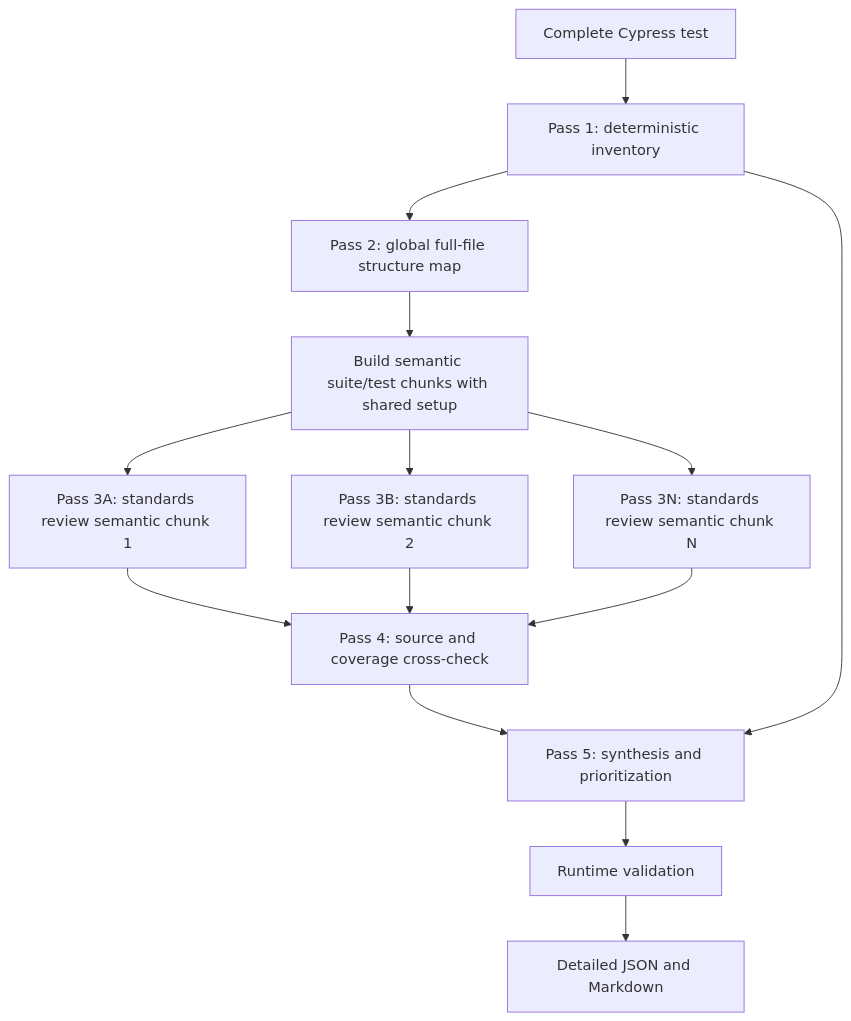
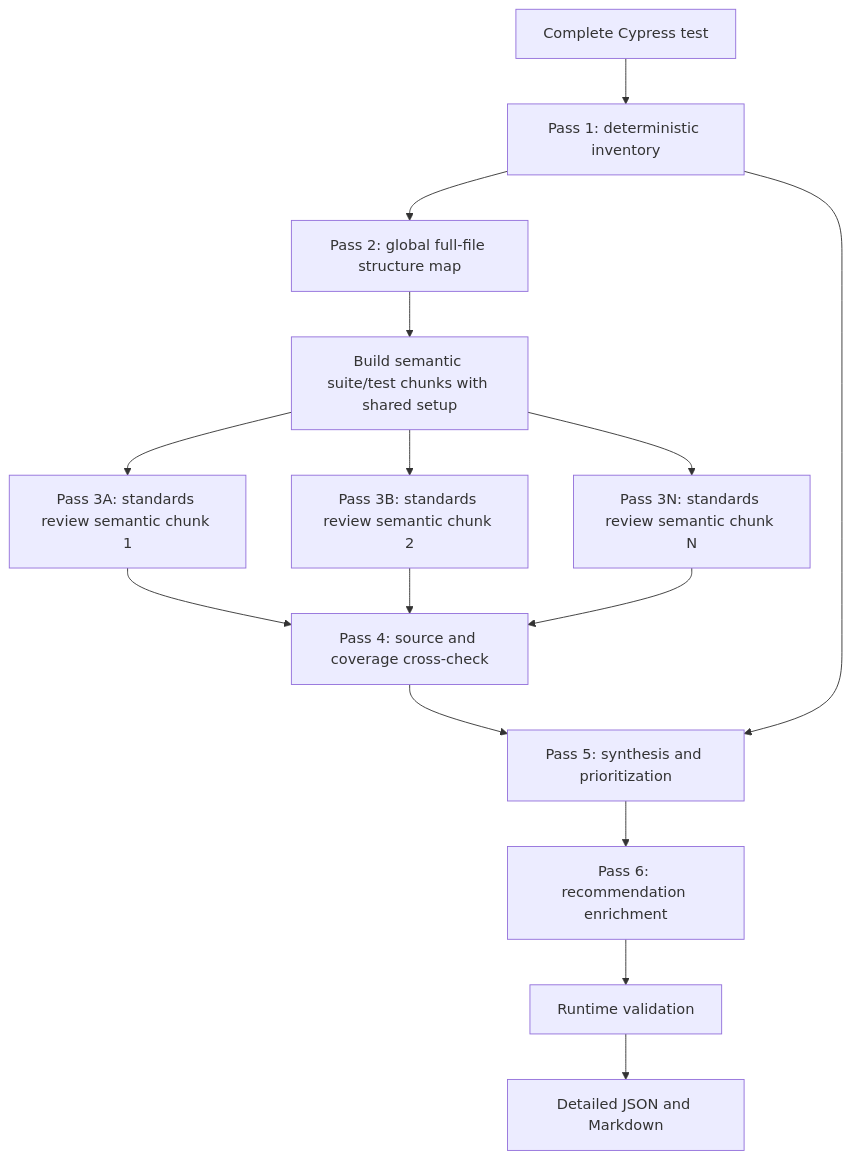
The diagram in AUDIT_MODE_GUIDE.md (Elyumusa/QA-Reviewer), drawn with Mermaid before and after one commit. The commit also changed other lines of this file and 17 other files, not shown here.

````diff
--- a/AUDIT_MODE_GUIDE.md
+++ b/AUDIT_MODE_GUIDE.md
@@ -26,16 +26,17 @@
 ```mermaid
 flowchart TD
     A[Complete Cypress test] --> B[Pass 1: deterministic inventory]
     B --> C[Pass 2: global full-file structure map]
     C --> D[Build semantic suite/test chunks with shared setup]
     D --> D1[Pass 3A: standards review semantic chunk 1]
     D --> D2[Pass 3B: standards review semantic chunk 2]
     D --> DN[Pass 3N: standards review semantic chunk N]
     D1 --> E[Pass 4: source and coverage cross-check]
     D2 --> E
     DN --> E
     E --> F[Pass 5: synthesis and prioritization]
     B --> F
-    F --> G[Runtime validation]
-    G --> H[Detailed JSON and Markdown]
+    F --> G[Pass 6: recommendation enrichment]
+    G --> H[Runtime validation]
+    H --> I[Detailed JSON and Markdown]
 ```
````
